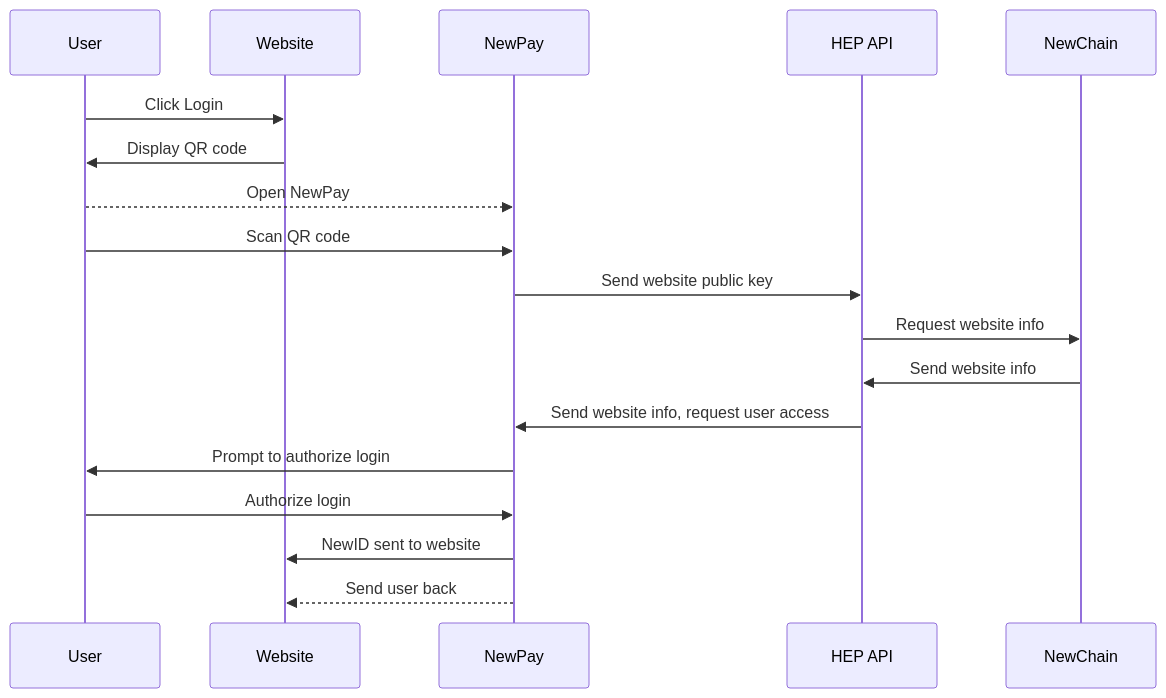
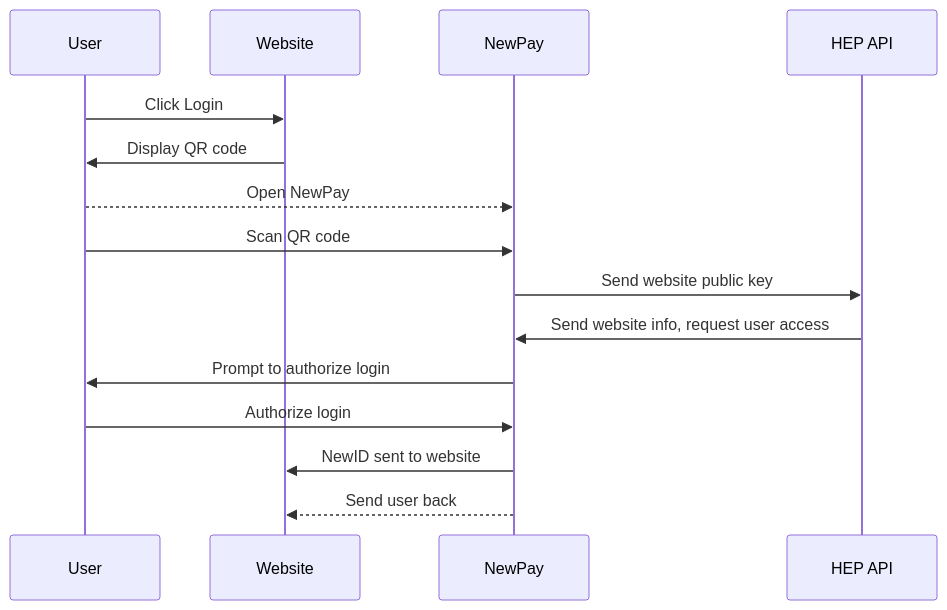
One commit to newtonproject/HEP-specification changed the second of 3 diagrams in login_process.md. Above: the diagram before and after it, drawn with Mermaid. The commit also changed other lines of this file, not shown here.

Commit message:
Removed NewChain

````diff
--- a/login_process.md
+++ b/login_process.md
@@ -50,22 +47,18 @@
 ```mermaid
-
 sequenceDiagram;
     participant User;
     participant Website;
 	participant NewPay;
 	participant HEP API;
-	participant NewChain;
  
     User->>Website: Click Login;
 	Website->>User: Display QR code;
 	User-->>NewPay: Open NewPay;
 	User->>NewPay: Scan QR code;
 	NewPay->>HEP API: Send website public key;
-	HEP API->>NewChain: Request website info;
-	NewChain->>HEP API: Send website info;
 	HEP API->>NewPay: Send website info, request user access;
 	NewPay->> User: Prompt to authorize login;
 	User->>NewPay: Authorize login;
 	NewPay->>Website: NewID sent to website;
 	NewPay-->>Website: Send user back;
 ```
````
